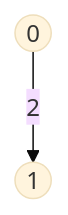
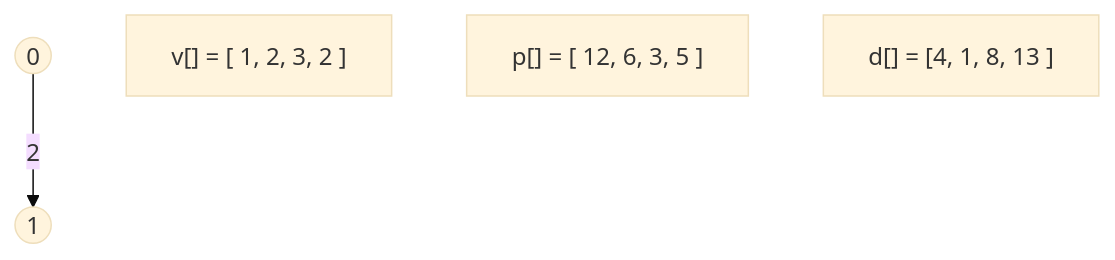
Before and after one commit to bfeitknecht/vault: the diagram in vault/sem2/AuW/UE/cx/bf/cx09-bf.md, drawn with Mermaid (base theme). The commit also changed other lines of this file, not shown here.

````diff
--- a/vault/sem2/AuW/UE/cx/bf/cx09-bf.md
+++ b/vault/sem2/AuW/UE/cx/bf/cx09-bf.md
@@ -3,10 +3,12 @@
 ```mermaid
 flowchart TD
 
 id0((0))
 id1((1))
 
 id0 -->|"2"| id1
 
-
+v["v[] = [ 1, 2, 3, 2 ]"]
+p["p[] = [ 12, 6, 3, 5 ]"]
+d["d[] = [4, 1, 8, 13 ]"]
 ```
````
